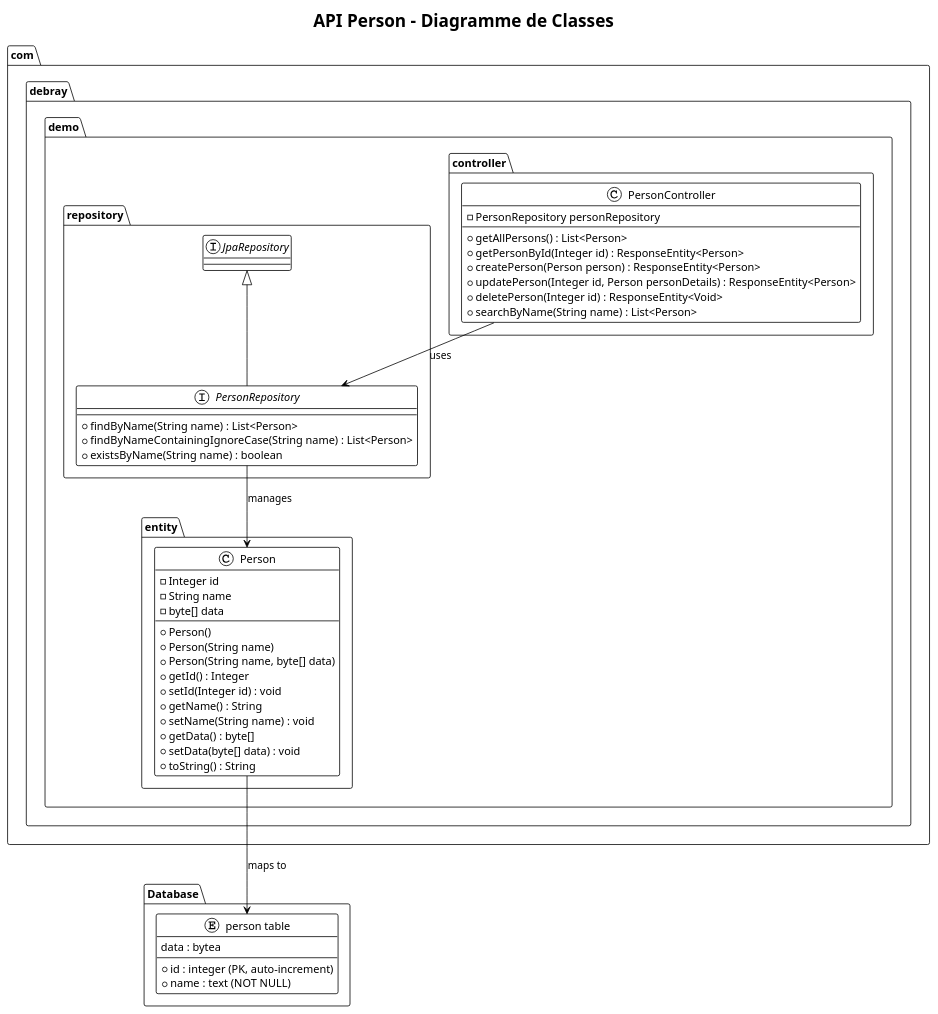
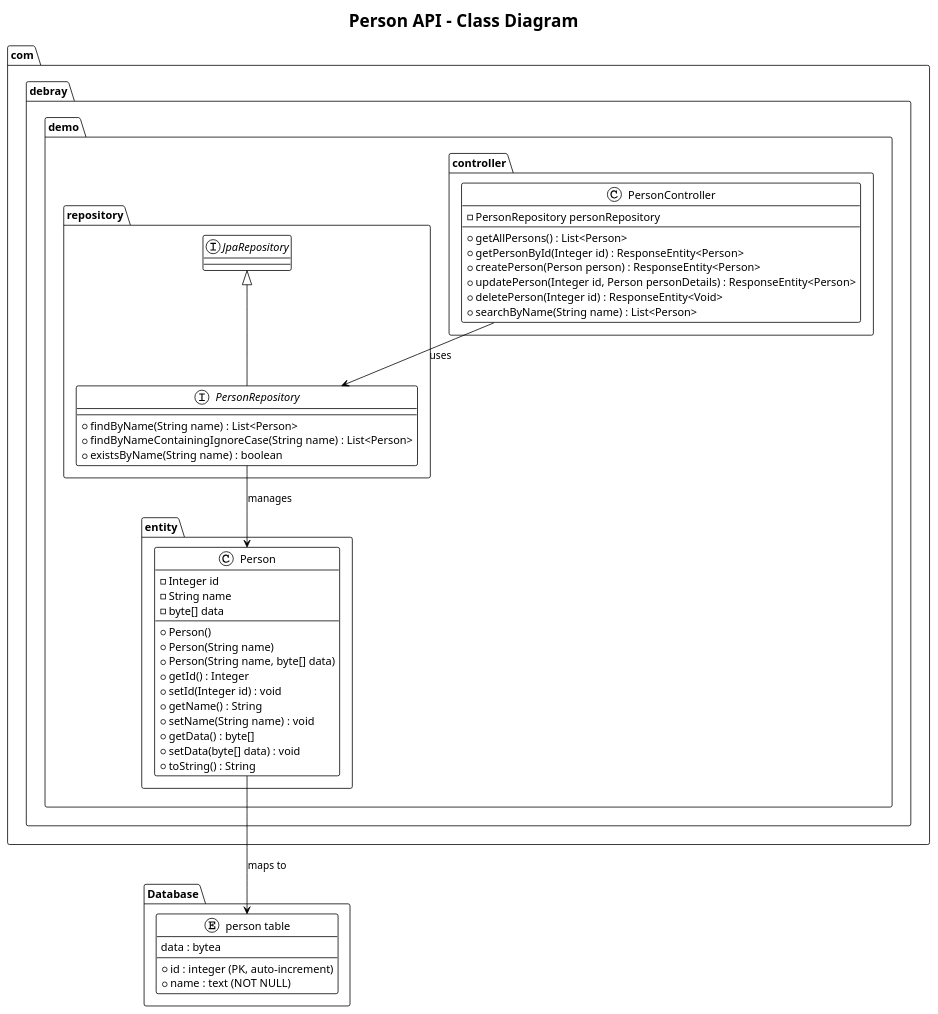
One commit to DieuDuHub/springclaude changed the diagram in docs/class-diagram.puml. Above: the diagram before and after it, drawn with PlantUML. The commit also changed 5 other files, not shown here.

```diff
--- a/docs/class-diagram.puml
+++ b/docs/class-diagram.puml
@@ -1,57 +1,57 @@
 @startuml class-diagram
 !theme plain
-title API Person - Diagramme de Classes
+title Person API - Class Diagram
 
 package "com.debray.demo.controller" {
     class PersonController {
         - PersonRepository personRepository
         --
         + getAllPersons() : List<Person>
         + getPersonById(Integer id) : ResponseEntity<Person>
         + createPerson(Person person) : ResponseEntity<Person>
         + updatePerson(Integer id, Person personDetails) : ResponseEntity<Person>
         + deletePerson(Integer id) : ResponseEntity<Void>
         + searchByName(String name) : List<Person>
     }
 }
 
 package "com.debray.demo.repository" {
     interface PersonRepository extends JpaRepository {
         + findByName(String name) : List<Person>
         + findByNameContainingIgnoreCase(String name) : List<Person>
         + existsByName(String name) : boolean
     }
 }
 
 package "com.debray.demo.entity" {
     class Person {
         - Integer id
         - String name
         - byte[] data
         --
         + Person()
         + Person(String name)
         + Person(String name, byte[] data)
         + getId() : Integer
         + setId(Integer id) : void
         + getName() : String
         + setName(String name) : void
         + getData() : byte[]
         + setData(byte[] data) : void
         + toString() : String
     }
 }
 
 package "Database" {
     entity "person table" as PersonTable {
         * id : integer (PK, auto-increment)
         * name : text (NOT NULL)
         data : bytea
     }
 }
 
 PersonController --> PersonRepository : uses
 PersonRepository --> Person : manages
 Person --> PersonTable : maps to
 
 @enduml
```
